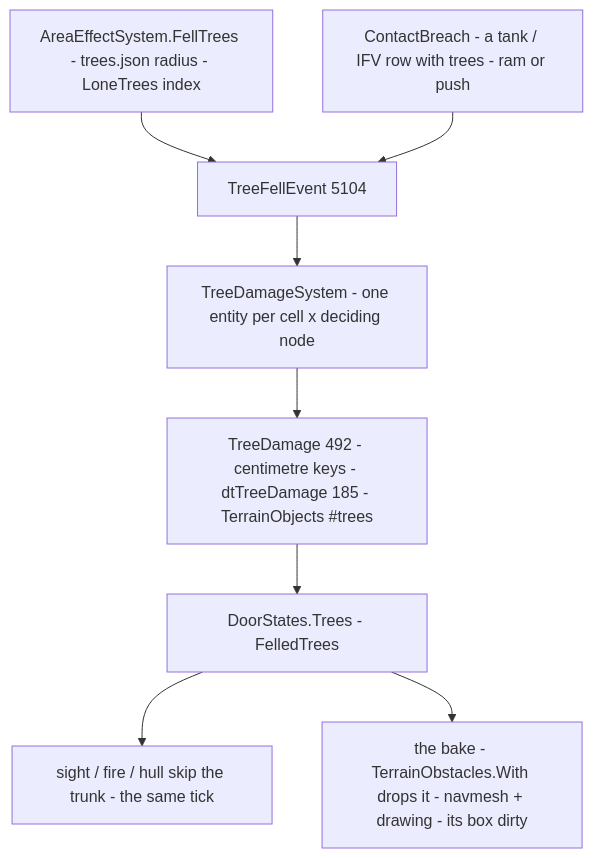
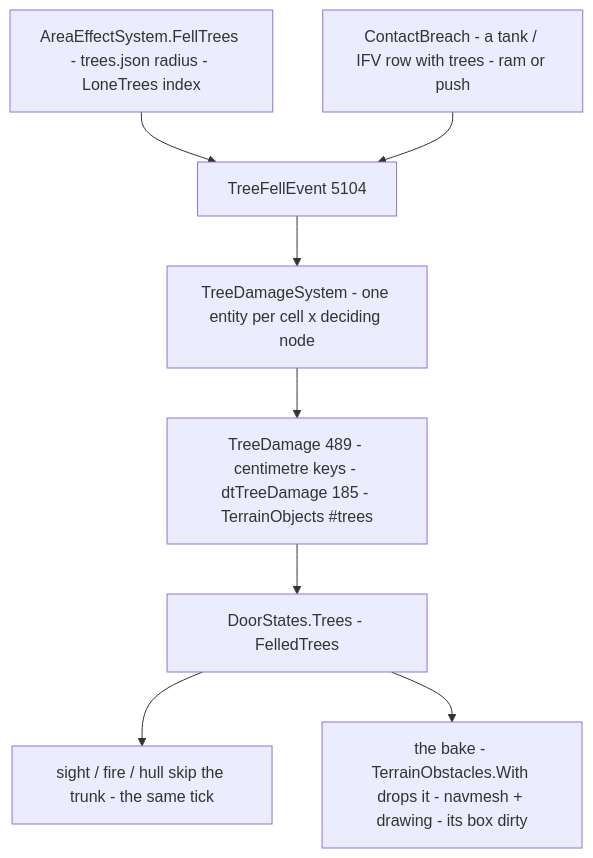
Before and after one commit to pjanec/HROT: the ninth of 10 diagrams in docs/DESIGN_Vehicle_Breaching.md, drawn with Mermaid. The commit also changed other lines of this file and 9 other files, not shown here.

````diff
--- a/docs/DESIGN_Vehicle_Breaching.md
+++ b/docs/DESIGN_Vehicle_Breaching.md
@@ -589,10 +589,10 @@
 ```mermaid
 graph TD
   BLAST[AreaEffectSystem.FellTrees - trees.json radius - LoneTrees index] --> EV[TreeFellEvent 5104]
   HULL[ContactBreach - a tank / IFV row with trees - ram or push] --> EV
   EV --> SYS[TreeDamageSystem - one entity per cell x deciding node]
-  SYS --> REC[TreeDamage 492 - centimetre keys - dtTreeDamage 185 - TerrainObjects #trees]
+  SYS --> REC[TreeDamage 489 - centimetre keys - dtTreeDamage 185 - TerrainObjects #trees]
   REC --> VIEW[DoorStates.Trees - FelledTrees]
   VIEW --> Q[sight / fire / hull skip the trunk - the same tick]
   VIEW --> BK[the bake - TerrainObstacles.With drops it - navmesh + drawing - its box dirty]
 ```
````
